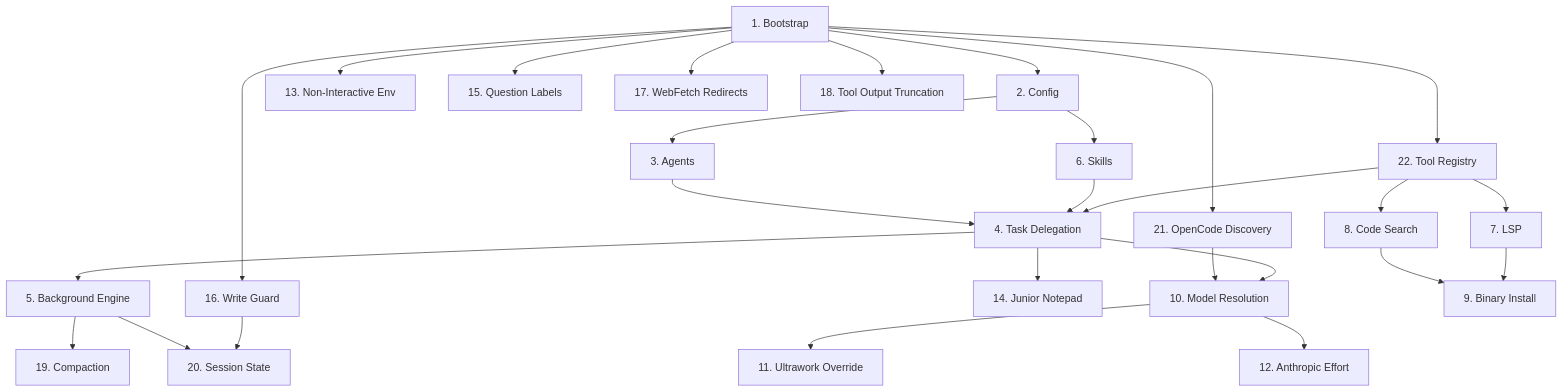
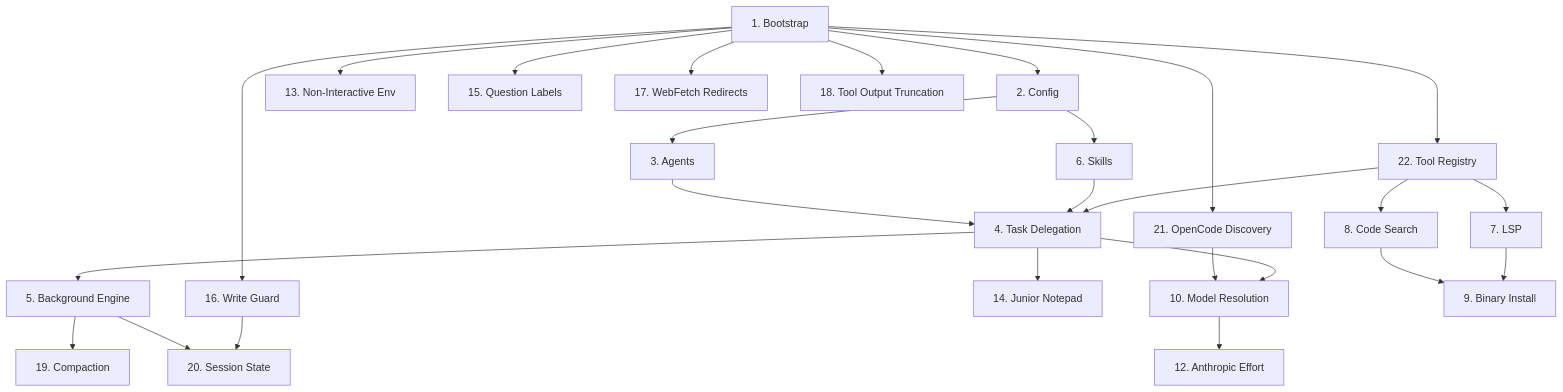
The diagram in FEATURES.md (potb/oh-my-opencode), drawn with Mermaid before and after one commit. The commit also changed other lines of this file and 2 other files, not shown here.

Commit message:
docs(trim): remove ultrawork references from docs and knip

````diff
--- a/FEATURES.md
+++ b/FEATURES.md
@@ -9,29 +9,28 @@
 ```mermaid
 graph TD
   Bootstrap["1. Bootstrap"] --> Config["2. Config"]
   Bootstrap --> Discovery["21. OpenCode Discovery"]
   Discovery --> ModelRes["10. Model Resolution"]
   Config --> Agents["3. Agents"]
   Config --> Skills["6. Skills"]
   Agents --> Delegation["4. Task Delegation"]
   Skills --> Delegation
   Delegation --> BgEngine["5. Background Engine"]
   Delegation --> ModelRes
   BgEngine --> Compaction["19. Compaction"]
   BgEngine --> SessionState["20. Session State"]
-  ModelRes --> Ultrawork["11. Ultrawork Override"]
   ModelRes --> Anthropic["12. Anthropic Effort"]
   Bootstrap --> HookEnv["13. Non-Interactive Env"]
   Delegation --> HookNotes["14. Junior Notepad"]
   Bootstrap --> HookQuestions["15. Question Labels"]
   Bootstrap --> HookWrites["16. Write Guard"]
   Bootstrap --> HookWeb["17. WebFetch Redirects"]
   Bootstrap --> HookTruncate["18. Tool Output Truncation"]
   Bootstrap --> ToolReg["22. Tool Registry"]
   ToolReg --> LSP["7. LSP"]
   ToolReg --> Search["8. Code Search"]
   ToolReg --> Delegation
   Search --> BinInstall["9. Binary Install"]
   LSP --> BinInstall
   HookWrites --> SessionState
 ```
````
